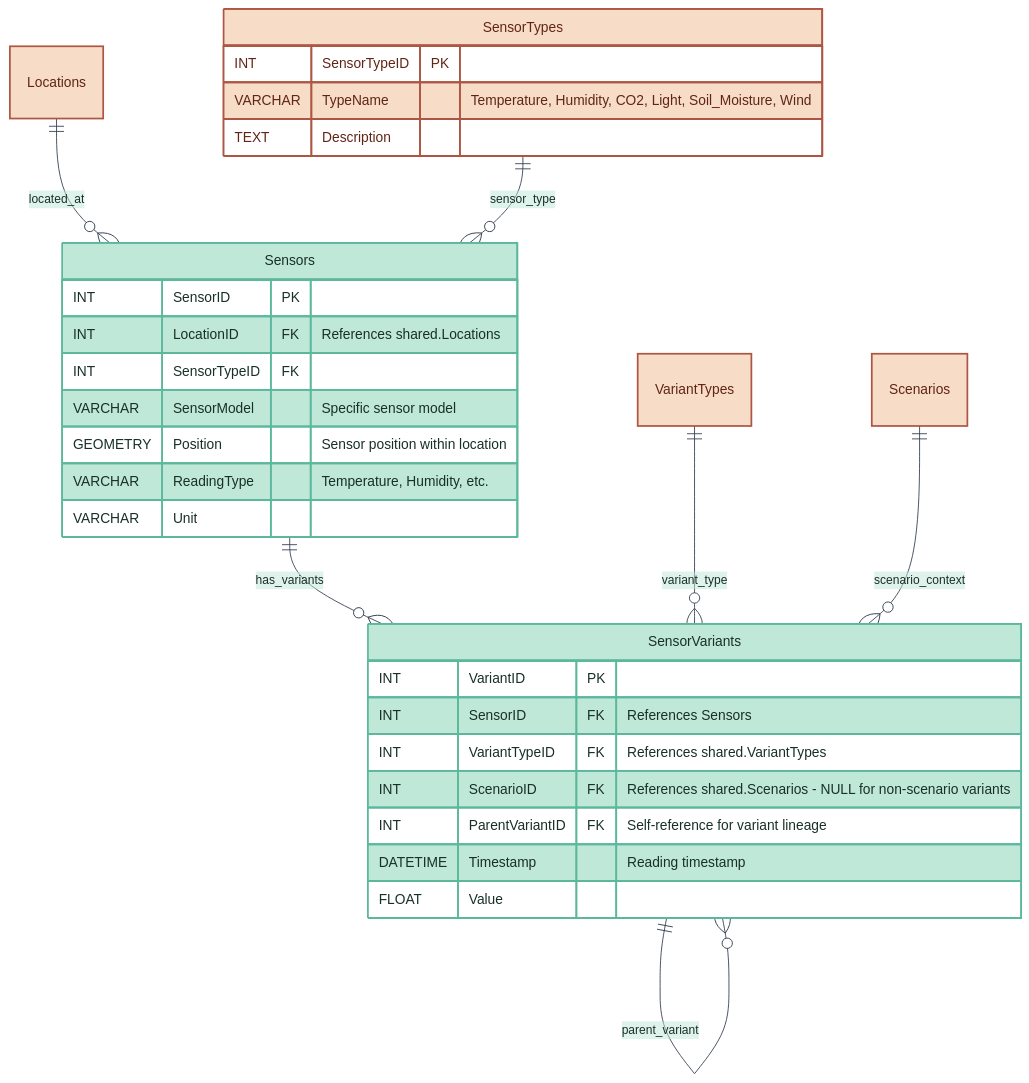
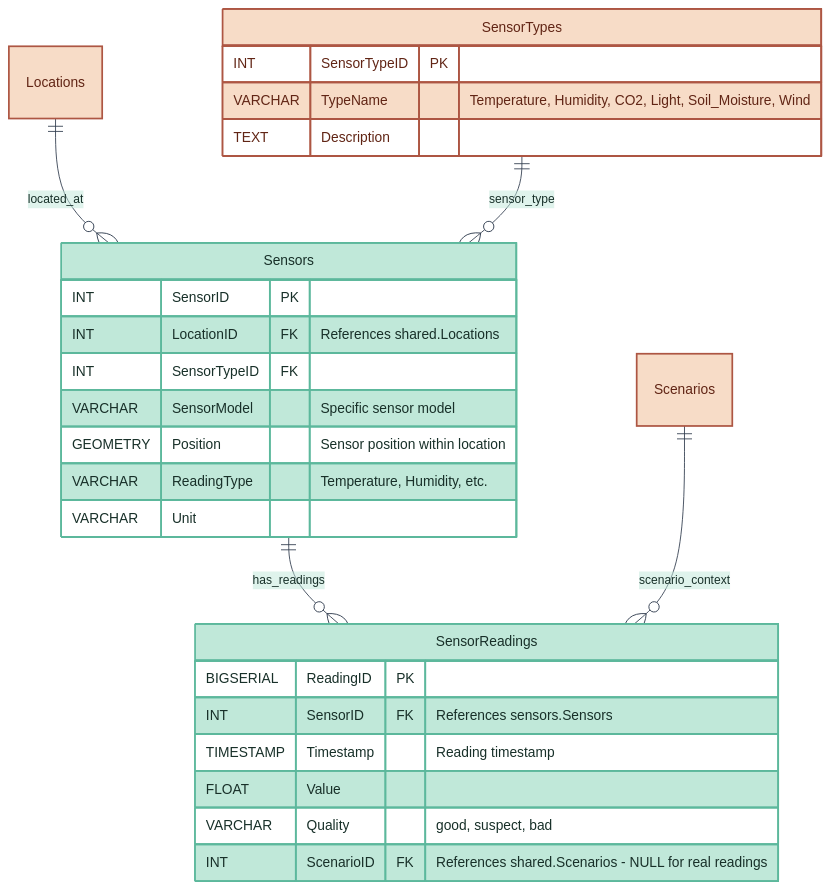
The fifth of 6 diagrams in docs/architecture/database.md (XRFutureForests/digital-twin-db), drawn with Mermaid before and after one commit. The commit also changed other lines of this file, not shown here.

Commit message:
updates database diagrams

````diff
--- a/docs/architecture/database.md
+++ b/docs/architecture/database.md
@@ -302,65 +316,61 @@
 ```mermaid
 %%{
   init: {
     'theme': 'base',
     'themeVariables': {
       'background': '#FFFFFF',
       'fontFamily': 'verdana',
       'lineColor': '#313d4f',
       'primaryColor': '#8cdbc0',
       'primaryTextColor': '#183029',
       'primaryBorderColor': '#265e4d',
       'secondaryColor': '#71a897',
       'secondaryTextColor': '#183029',
       'secondaryBorderColor': '#458875',
       'tertiaryColor': '#c0e8d9',
       'tertiaryTextColor': '#183029',
       'tertiaryBorderColor': '#5cb89c'
     }
   }
 }%%
 erDiagram
     Locations
-    VariantTypes
     Scenarios
 
     SensorTypes {
         INT SensorTypeID PK
         VARCHAR TypeName "Temperature, Humidity, CO2, Light, Soil_Moisture, Wind"
         TEXT Description
     }
 
     Sensors {
         INT SensorID PK
         INT LocationID FK "References shared.Locations"
         INT SensorTypeID FK
         VARCHAR SensorModel "Specific sensor model"
         GEOMETRY Position "Sensor position within location"
         VARCHAR ReadingType "Temperature, Humidity, etc."
         VARCHAR Unit
     }
 
-    SensorVariants {
-        INT VariantID PK
-        INT SensorID FK "References Sensors"
-        INT VariantTypeID FK "References shared.VariantTypes"
-        INT ScenarioID FK "References shared.Scenarios - NULL for non-scenario variants"
-        INT ParentVariantID FK "Self-reference for variant lineage"
-        DATETIME Timestamp "Reading timestamp"
+    SensorReadings {
+        BIGSERIAL ReadingID PK
+        INT SensorID FK "References sensors.Sensors"
+        TIMESTAMP Timestamp "Reading timestamp"
         FLOAT Value
+        VARCHAR Quality "good, suspect, bad"
+        INT ScenarioID FK "References shared.Scenarios - NULL for real readings"
     }
 
     Locations ||--o{ Sensors : located_at
     SensorTypes ||--o{ Sensors : sensor_type
-    Sensors ||--o{ SensorVariants : has_variants
-    VariantTypes ||--o{ SensorVariants : variant_type
-    Scenarios ||--o{ SensorVariants : scenario_context
-    SensorVariants ||--o{ SensorVariants : parent_variant
+    Sensors ||--o{ SensorReadings : has_readings
+    Scenarios ||--o{ SensorReadings : scenario_context
 
     %% Table coloring
     classDef refTable fill:#f7dcc7,stroke:#ad5643,stroke-width:2px,color:#612515
     classDef coreTable fill:#c0e8d9,stroke:#5cb89c,stroke-width:2px,color:#183029
     
-    class Locations,VariantTypes,Scenarios,SensorTypes refTable
-    class Sensors,SensorVariants coreTable
+    class Locations,Scenarios,SensorTypes refTable
+    class Sensors,SensorReadings coreTable
 ```
````
